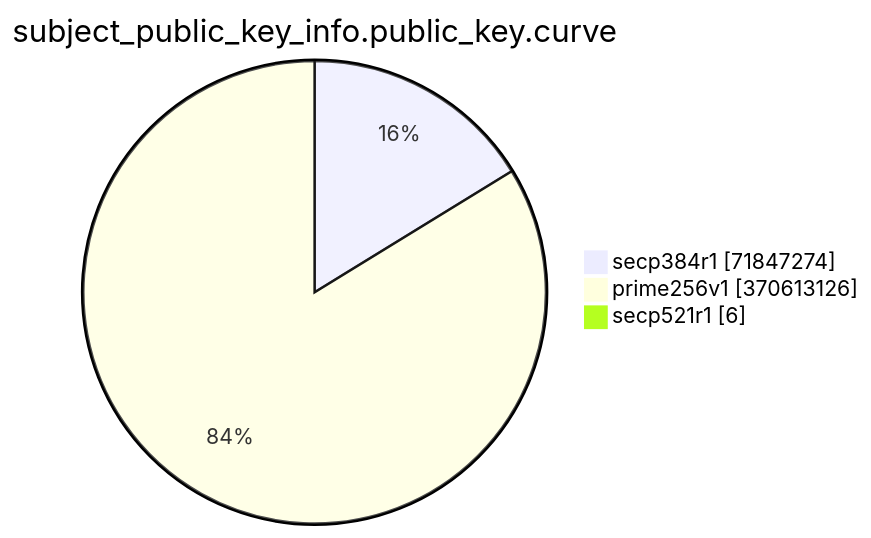
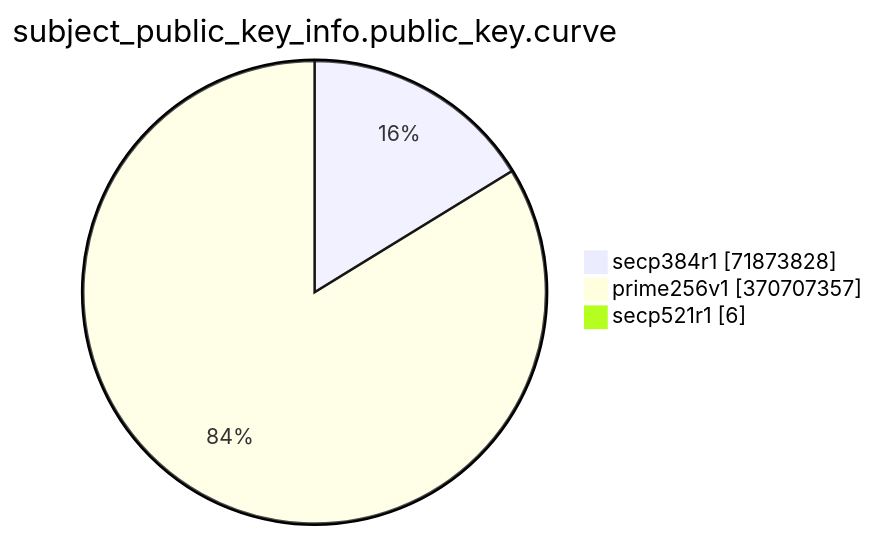
The eighth of 15 diagrams in TOTAL/README.md (christiankrug/ctmonitor_visualization), drawn with Mermaid before and after one commit. The commit also changed other lines of this file, not shown here.

````diff
--- a/TOTAL/README.md
+++ b/TOTAL/README.md
@@ -3092,7 +3092,7 @@
 ```mermaid
 pie showData
 title subject_public_key_info.public_key.curve
-"secp384r1" :71847274
-"prime256v1" :370613126
+"secp384r1" :71873828
+"prime256v1" :370707357
 "secp521r1" :6
 ```
````
